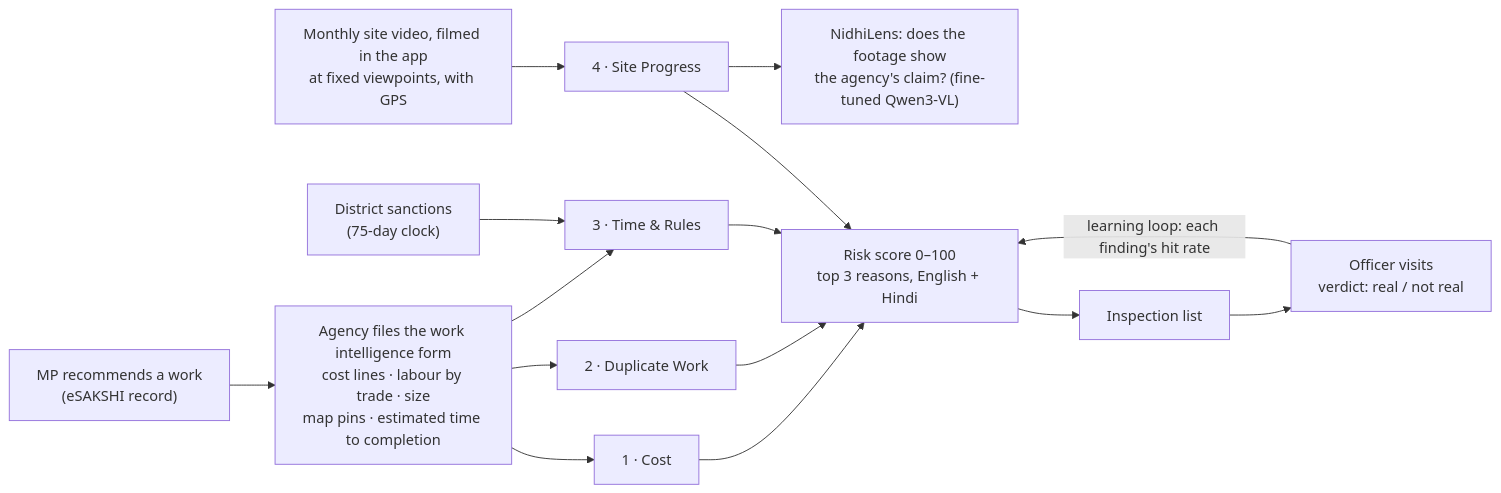
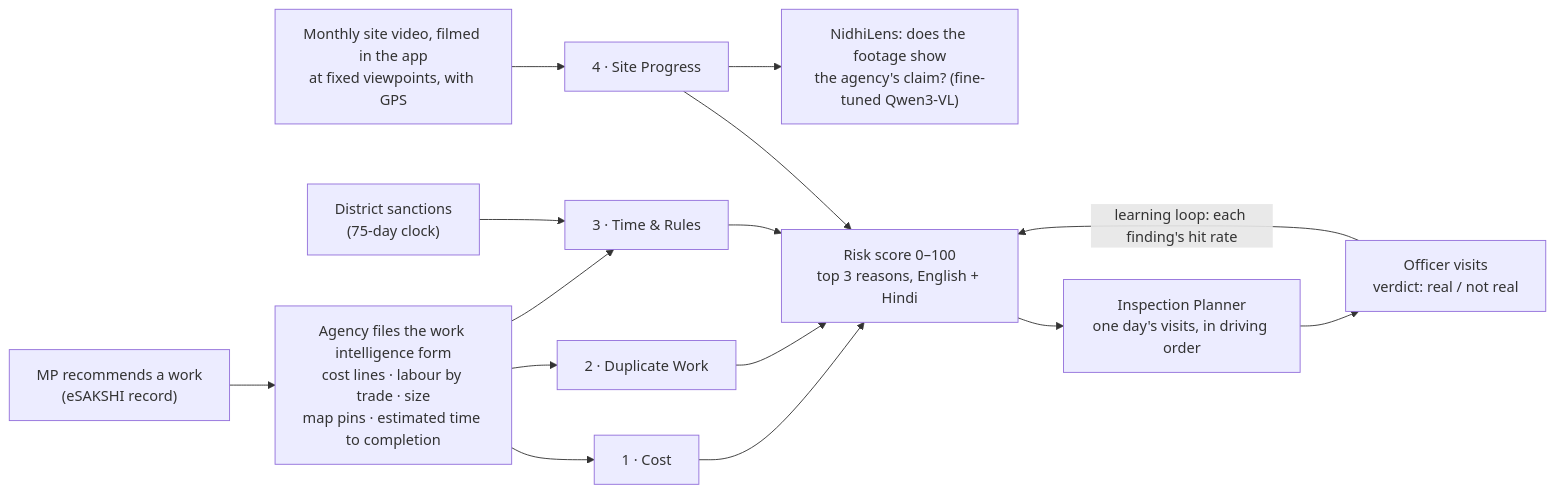
The diagram in README.md (AdityaMore776/NidhiNetra), drawn with Mermaid before and after one commit. The commit also changed other lines of this file and 26 other files, not shown here.

First line of the commit message:
T061 + T062: location lookup and the Inspection Planner (#129)

````diff
--- a/README.md
+++ b/README.md
@@ -38,14 +38,14 @@
 ```mermaid
 flowchart LR
   MP["MP recommends a work<br/>(eSAKSHI record)"] --> FORM["Agency files the work intelligence form<br/>cost lines · labour by trade · size<br/>map pins · estimated time to completion"]
   FORM --> C["1 · Cost"]
   FORM --> D["2 · Duplicate Work"]
   FORM --> T["3 · Time & Rules"]
   SAN["District sanctions<br/>(75-day clock)"] --> T
   VID["Monthly site video, filmed in the app<br/>at fixed viewpoints, with GPS"] --> S["4 · Site Progress"]
   S --> NL["NidhiLens: does the footage show<br/>the agency's claim? (fine-tuned Qwen3-VL)"]
   C & D & T & S --> F["Risk score 0–100<br/>top 3 reasons, English + Hindi"]
-  F --> Q["Inspection list"]
+  F --> Q["Inspection Planner<br/>one day's visits, in driving order"]
   Q --> O["Officer visits<br/>verdict: real / not real"]
   O -- "learning loop: each finding's hit rate" --> F
 ```
````
